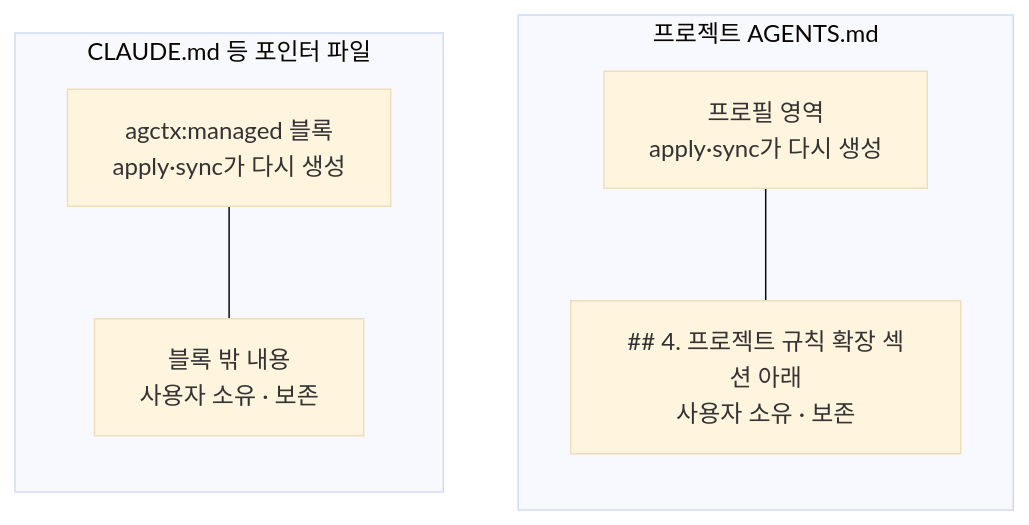
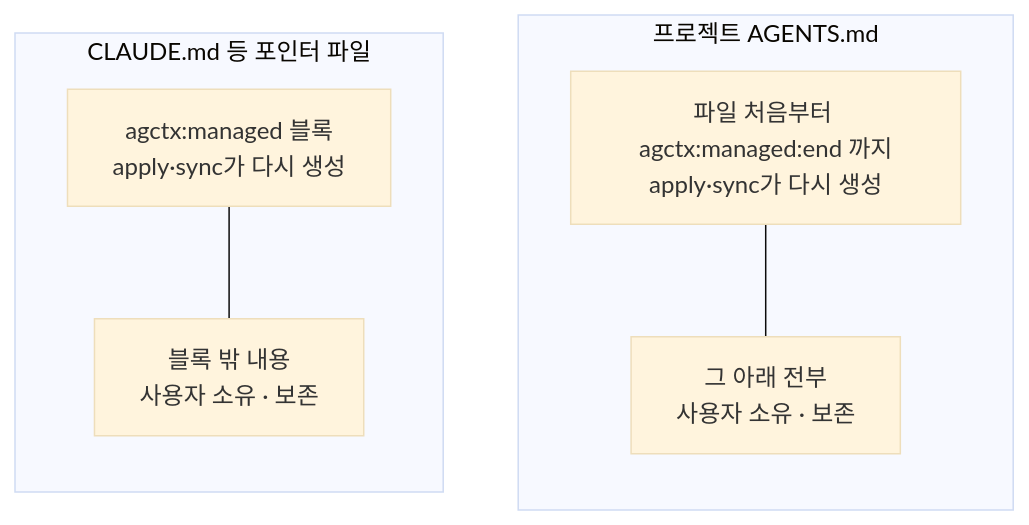
The first of 2 diagrams in docs/concepts/managed-and-extension-areas.md (IsthisLee/agent-context-manager), drawn with Mermaid (base theme) before and after one commit. The commit also changed other lines of this file and 37 other files, not shown here.

````diff
--- a/docs/concepts/managed-and-extension-areas.md
+++ b/docs/concepts/managed-and-extension-areas.md
@@ -8,15 +8,15 @@
 ```mermaid
 flowchart TB
   subgraph AGENTS["프로젝트 AGENTS.md"]
     direction TB
-    PROFILE_AREA["프로필 영역<br/>apply·sync가 다시 생성"]
-    EXTENSION["## 4. 프로젝트 규칙 확장 섹션 아래<br/>사용자 소유 · 보존"]
+    PROFILE_AREA["파일 처음부터 agctx:managed:end 까지<br/>apply·sync가 다시 생성"]
+    EXTENSION["그 아래 전부<br/>사용자 소유 · 보존"]
     PROFILE_AREA --- EXTENSION
   end
   subgraph POINTER["CLAUDE.md 등 포인터 파일"]
     direction TB
     BLOCK["agctx:managed 블록<br/>apply·sync가 다시 생성"]
     OUTSIDE["블록 밖 내용<br/>사용자 소유 · 보존"]
     BLOCK --- OUTSIDE
   end
 ```
````
